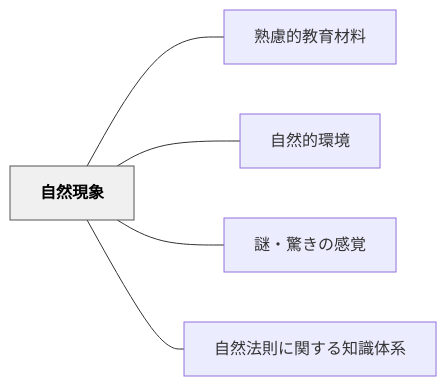
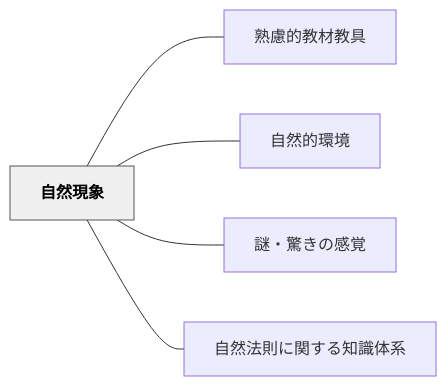
Before and after one commit to unknownthings-ed-patterns/unknownthings-ed-patterns: the diagram in content/パタン/自然現象.md, drawn with Mermaid. The commit also changed other lines of this file and 72 other files, not shown here.

````diff
--- a/content/パタン/自然現象.md
+++ b/content/パタン/自然現象.md
@@ -45,16 +45,16 @@
 ```mermaid
 flowchart LR
     ne887aae784b6e78fbee8b1a1["自然現象"]
-    ne7869fe685aee79a84e69599e882b2e69d90e69699["熟慮的教育材料"]
+    ne7869fe685aee79a84e69599e69d90e69599e585b7["熟慮的教材教具"]
     ne887aae784b6e79a84e792b0e5a283["自然的環境"]
     ne8ac8ee383bbe9a99ae3818de381aee6849fe8a69a["謎・驚きの感覚"]
     ne887aae784b6e6b395e58987e381abe996a2e38199e3828be79fa5e8ad98e4bd93e7b3bb["自然法則に関する知識体系"]
 
-    ne887aae784b6e78fbee8b1a1 --- ne7869fe685aee79a84e69599e882b2e69d90e69699
+    ne887aae784b6e78fbee8b1a1 --- ne7869fe685aee79a84e69599e69d90e69599e585b7
     ne887aae784b6e78fbee8b1a1 --- ne887aae784b6e79a84e792b0e5a283
     ne887aae784b6e78fbee8b1a1 --- ne8ac8ee383bbe9a99ae3818de381aee6849fe8a69a
     ne887aae784b6e78fbee8b1a1 --- ne887aae784b6e6b395e58987e381abe996a2e38199e3828be79fa5e8ad98e4bd93e7b3bb
 
     classDef hub fill:#f0f0f0,stroke:#555,color:#000,font-weight:bold
     class ne887aae784b6e78fbee8b1a1 hub
 ```
````
